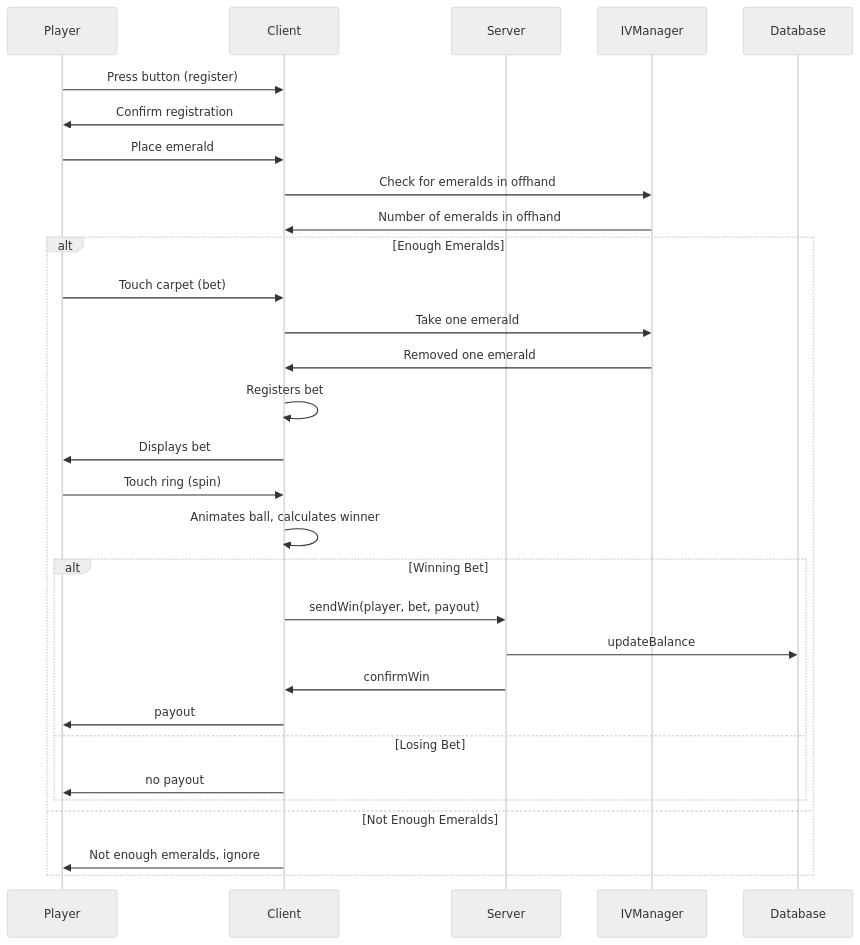
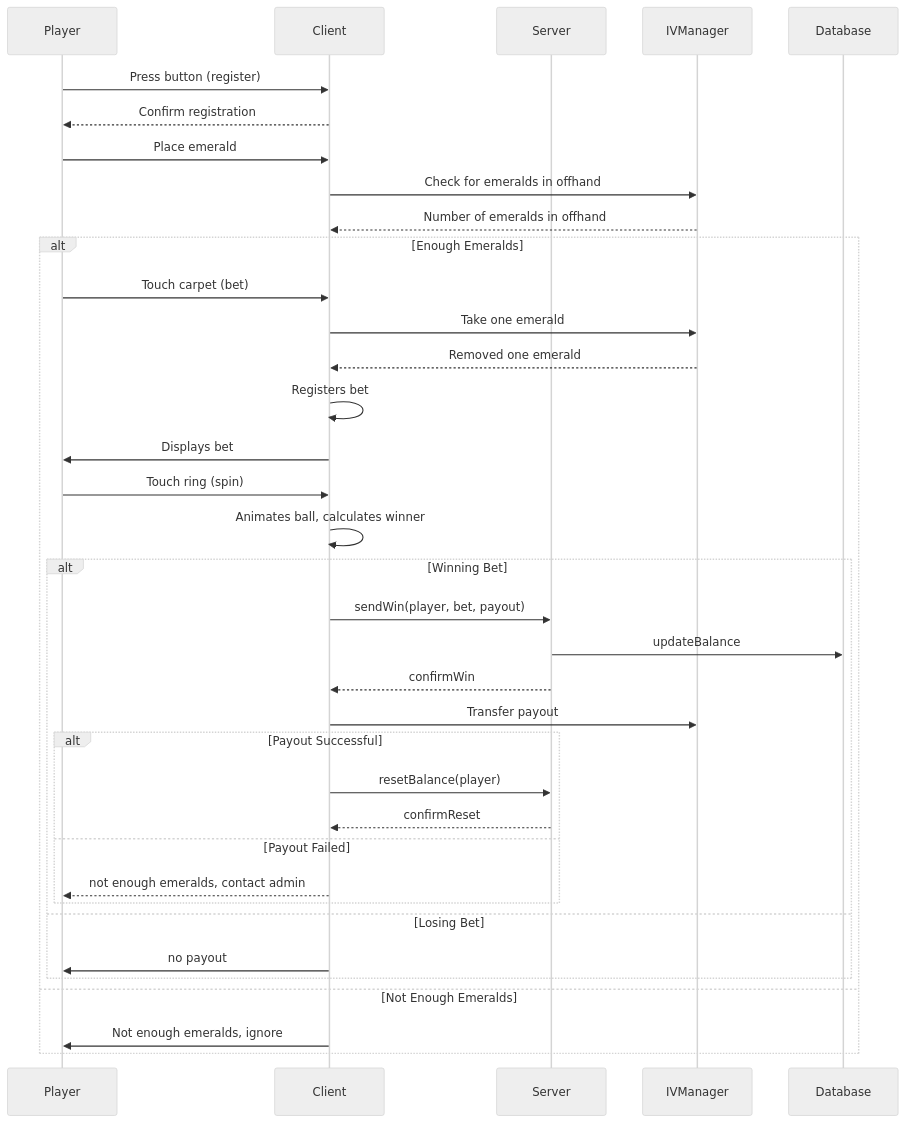
Before and after one commit to cliftontoaster-reid/cc-roulette: the second of 4 diagrams in README.md, drawn with Mermaid (neutral theme).

Commit message:
Refactor sequence diagram in README.md to improve clarity of interactions and outcomes for emerald betting process

````diff
--- a/README.md
+++ b/README.md
@@ -85,34 +85,40 @@
 ```mermaid
 sequenceDiagram
     participant Player
     participant Client
     participant Server
     participant IVManager
     participant Database
 
     Player->>Client: Press button (register)
-    Client->>Player: Confirm registration
+    Client-->>Player: Confirm registration
     Player->>Client: Place emerald
     Client->>IVManager: Check for emeralds in offhand
-    IVManager->>Client: Number of emeralds in offhand
+    IVManager-->>Client: Number of emeralds in offhand
     alt Enough Emeralds
         Player->>Client: Touch carpet (bet)
         Client->>IVManager: Take one emerald
-        IVManager->>Client: Removed one emerald
+        IVManager-->>Client: Removed one emerald
         Client->>Client: Registers bet
         Client->>Player: Displays bet
         Player->>Client: Touch ring (spin)
         Client->>Client: Animates ball, calculates winner
 
         alt Winning Bet
             Client->>Server: sendWin(player, bet, payout)
             Server->>Database: updateBalance
-            Server->>Client: confirmWin
-            Client->>Player: payout
+            Server-->>Client: confirmWin
+                Client->>IVManager: Transfer payout
+            alt Payout Successful
+                Client->>Server: resetBalance(player)
+                Server-->>Client: confirmReset
+            else Payout Failed
+                Client-->>Player: not enough emeralds, contact admin
+            end
         else Losing Bet
             Client->>Player: no payout
         end
     else Not Enough Emeralds
         Client ->> Player: Not enough emeralds, ignore
     end
 ```
````
